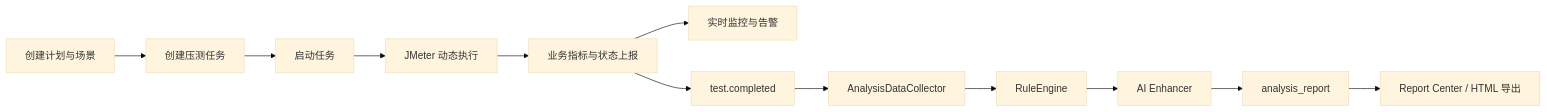
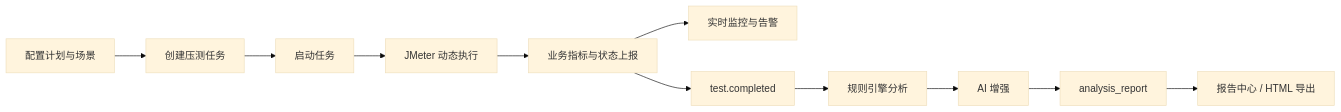
One commit to Hsyuan54670/Yuan-Performance-Platform changed the diagram in README.md. Above: the diagram before and after it, drawn with Mermaid (base theme). The commit also changed other lines of this file and 39 other files, not shown here.

````diff
--- a/README.md
+++ b/README.md
@@ -86,14 +35,13 @@
 ```mermaid
 flowchart LR
-    A[创建计划与场景] --> B[创建压测任务]
+    A[配置计划与场景] --> B[创建压测任务]
     B --> C[启动任务]
     C --> D[JMeter 动态执行]
     D --> E[业务指标与状态上报]
     E --> F[实时监控与告警]
     E --> G[test.completed]
-    G --> H[AnalysisDataCollector]
-    H --> I[RuleEngine]
-    I --> J[AI Enhancer]
-    J --> K[analysis_report]
-    K --> L[Report Center / HTML 导出]
+    G --> H[规则引擎分析]
+    H --> I[AI 增强]
+    I --> J[analysis_report]
+    J --> K[报告中心 / HTML 导出]
 ```
````
